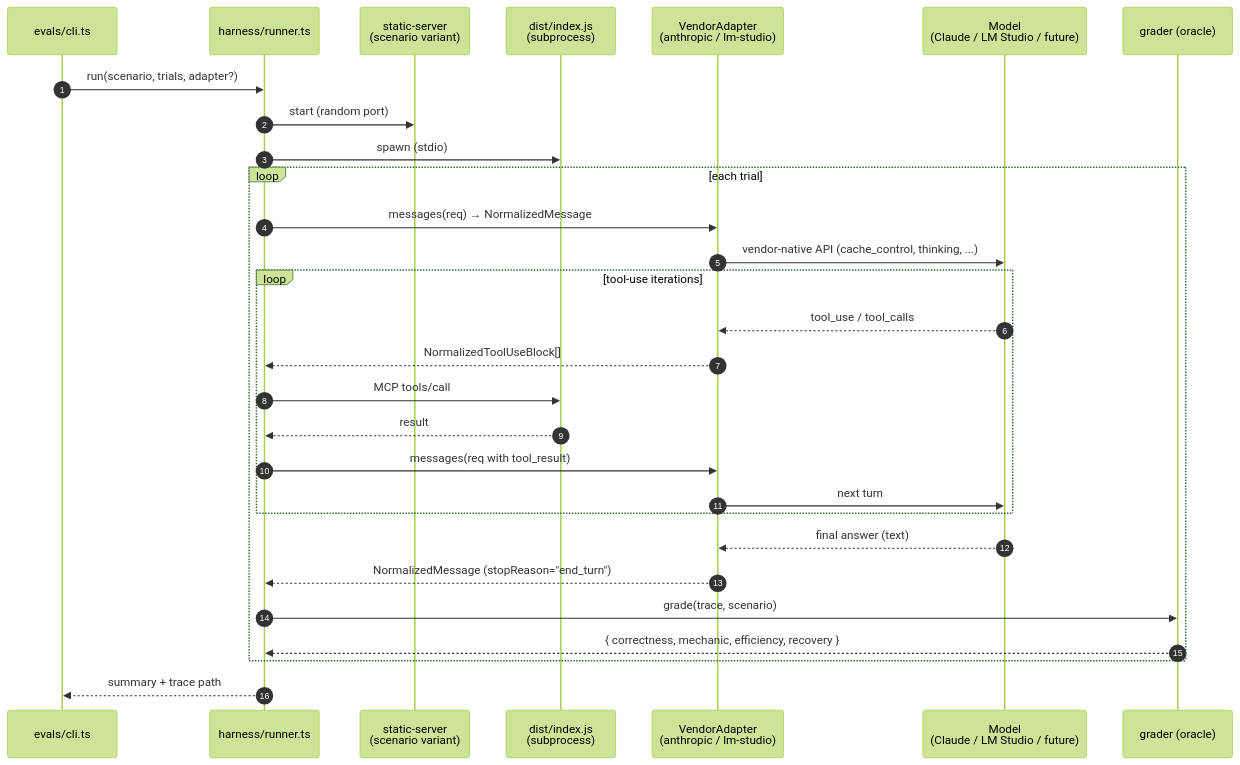
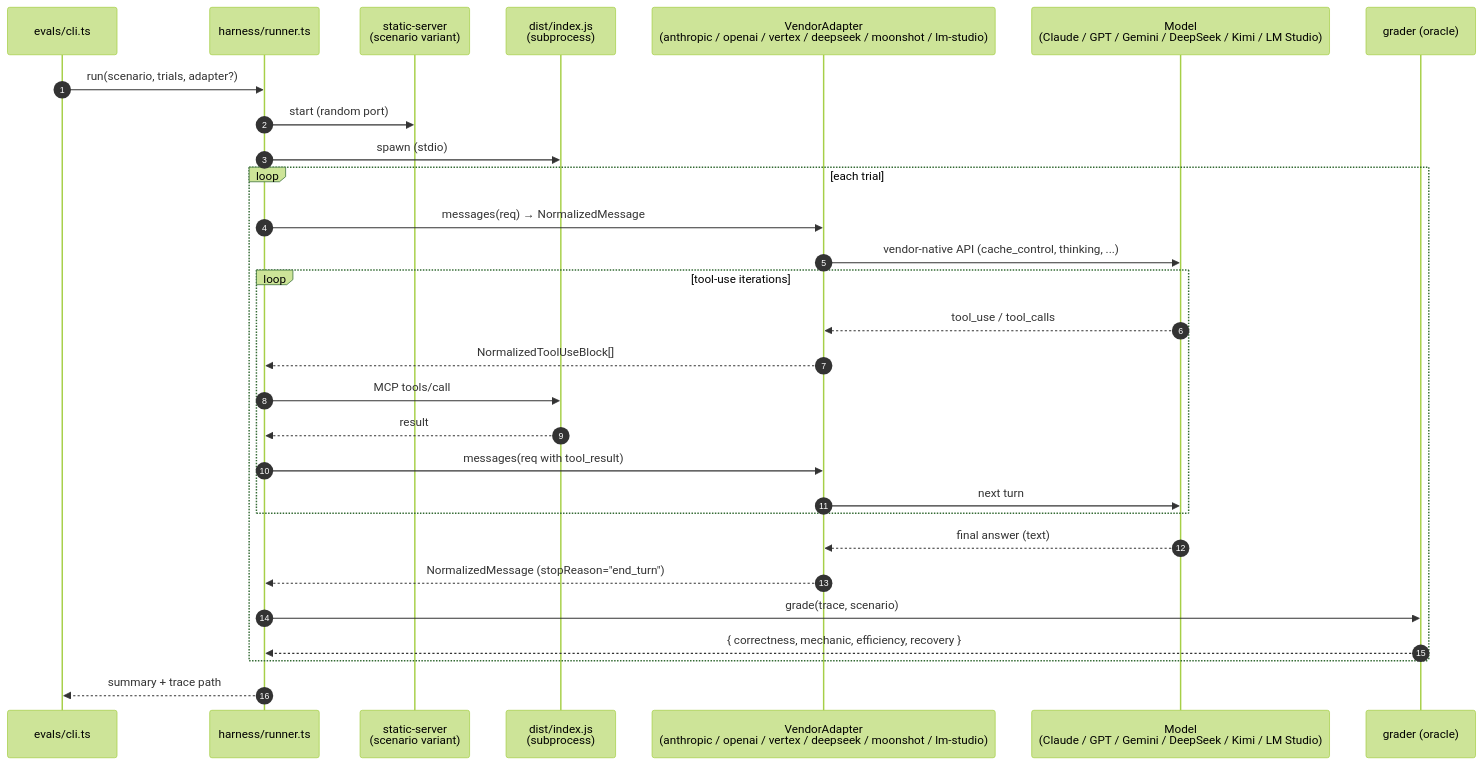
One commit to lcjanke2020/lynceus changed the diagram in evals/README.md. Above: the diagram before and after it, drawn with Mermaid (forest theme). The commit also changed other lines of this file and 7 other files, not shown here.

````diff
--- a/evals/README.md
+++ b/evals/README.md
@@ -80,32 +80,32 @@
 ```mermaid
 sequenceDiagram
     autonumber
     participant CLI as evals/cli.ts
     participant R as harness/runner.ts
     participant SS as static-server<br/>(scenario variant)
     participant MCP as dist/index.js<br/>(subprocess)
-    participant A as VendorAdapter<br/>(anthropic / lm-studio)
-    participant Cl as Model<br/>(Claude / LM Studio / future)
+    participant A as VendorAdapter<br/>(anthropic / openai / vertex / deepseek / moonshot / lm-studio)
+    participant Cl as Model<br/>(Claude / GPT / Gemini / DeepSeek / Kimi / LM Studio)
     participant Or as grader (oracle)
 
     CLI->>R: run(scenario, trials, adapter?)
     R->>SS: start (random port)
     R->>MCP: spawn (stdio)
     loop each trial
         R->>A: messages(req) → NormalizedMessage
         A->>Cl: vendor-native API (cache_control, thinking, ...)
         loop tool-use iterations
             Cl-->>A: tool_use / tool_calls
             A-->>R: NormalizedToolUseBlock[]
             R->>MCP: MCP tools/call
             MCP-->>R: result
             R->>A: messages(req with tool_result)
             A->>Cl: next turn
         end
         Cl-->>A: final answer (text)
         A-->>R: NormalizedMessage (stopReason="end_turn")
         R->>Or: grade(trace, scenario)
         Or-->>R: { correctness, mechanic, efficiency, recovery }
     end
     R-->>CLI: summary + trace path
 ```
````
